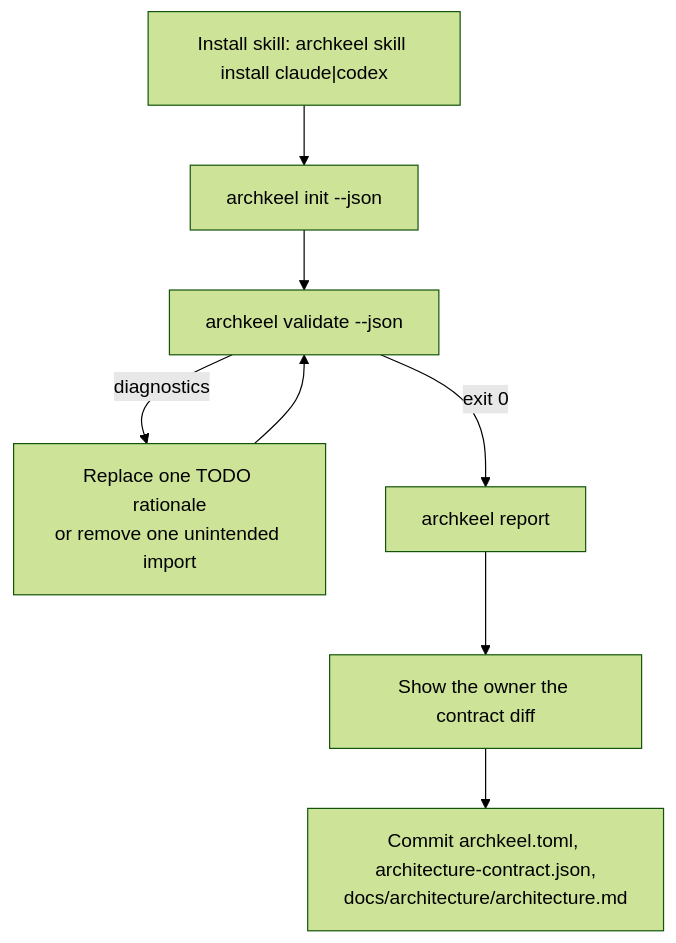
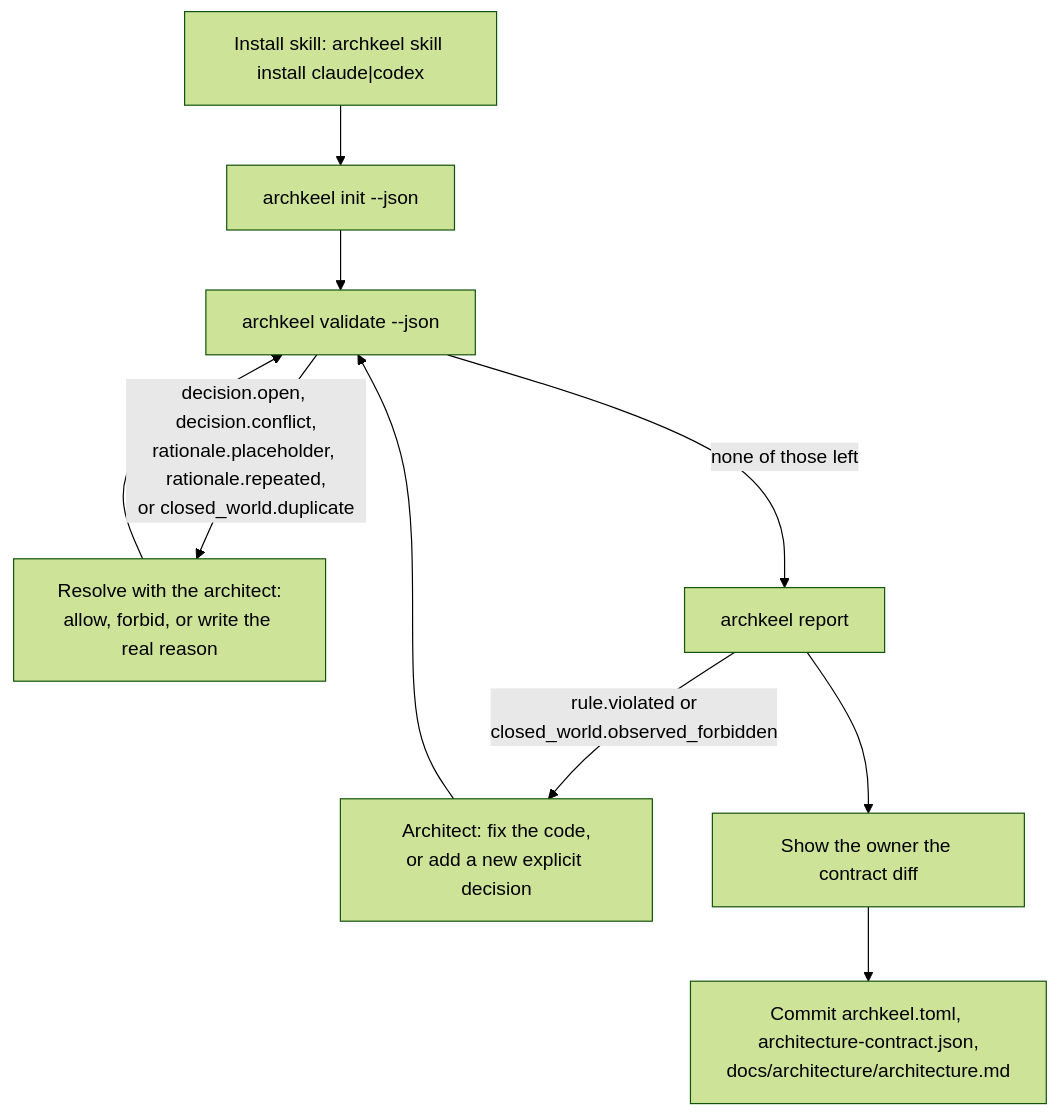
The diagram in docs/onboarding.md (rapiddweller/archkeel), drawn with Mermaid (forest theme) before and after one commit. The commit also changed other lines of this file and 3 other files, not shown here.

````diff
--- a/docs/onboarding.md
+++ b/docs/onboarding.md
@@ -11,10 +11,12 @@
 ```mermaid
 flowchart TD
     A["Install skill: archkeel skill install claude|codex"] --> B[archkeel init --json]
     B --> C[archkeel validate --json]
-    C -->|diagnostics| D["Replace one TODO rationale<br/>or remove one unintended import"]
+    C -->|"decision.open, decision.conflict,<br/>rationale.placeholder, rationale.repeated,<br/>or closed_world.duplicate"| D["Resolve with the architect:<br/>allow, forbid, or write the real reason"]
     D --> C
-    C -->|exit 0| E[archkeel report]
-    E --> F[Show the owner the contract diff]
-    F --> G["Commit archkeel.toml, architecture-contract.json,<br/>docs/architecture/architecture.md"]
+    C -->|none of those left| F[archkeel report]
+    F -->|"rule.violated or<br/>closed_world.observed_forbidden"| L["Architect: fix the code,<br/>or add a new explicit decision"]
+    L --> C
+    F --> G[Show the owner the contract diff]
+    G --> H["Commit archkeel.toml, architecture-contract.json,<br/>docs/architecture/architecture.md"]
 ```
````
